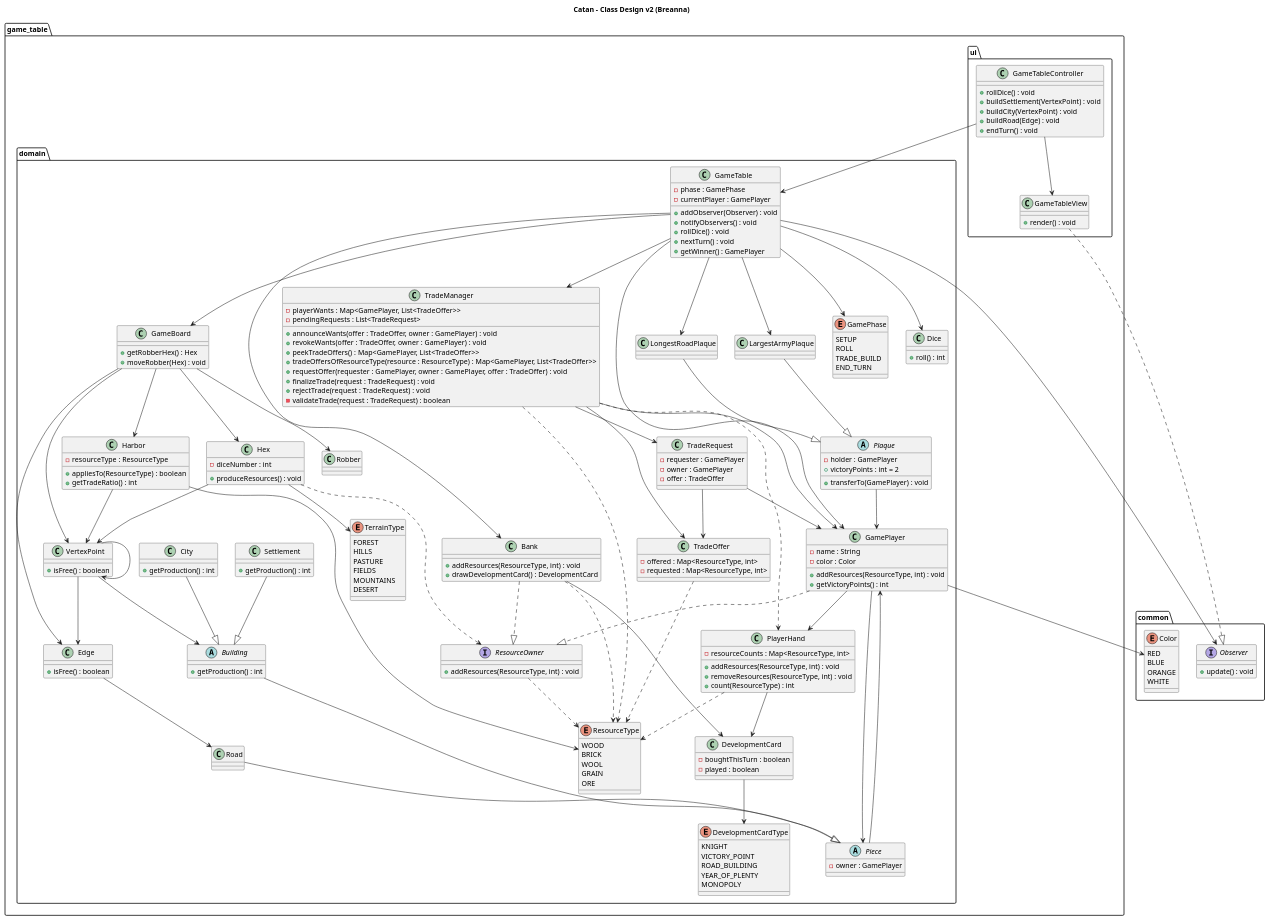
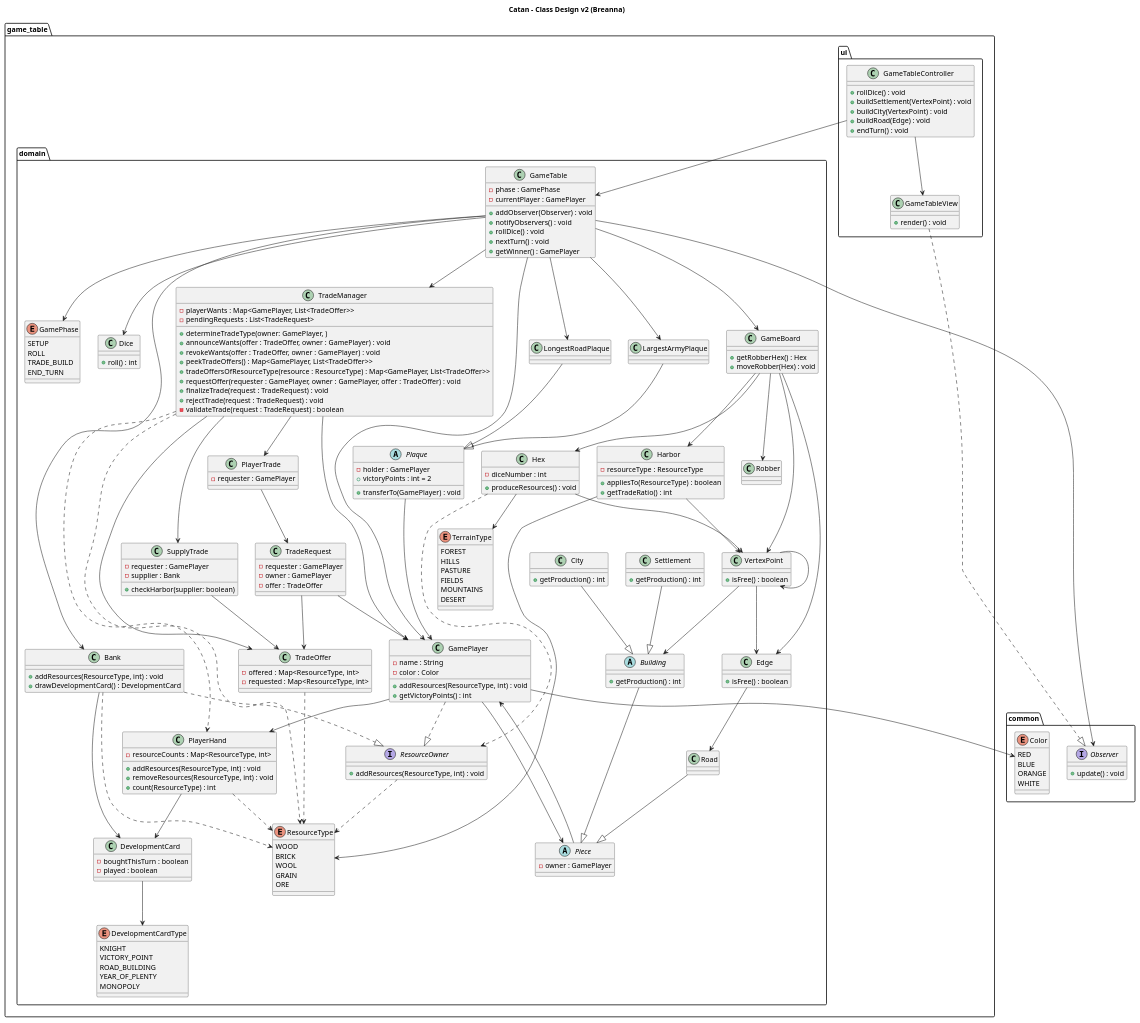
Before and after one commit to nu-cs-sqe/cs380-software-quality-engineering-20262701-course-project-group-5: the diagram in docs/design/game_table_breanna.puml, drawn with PlantUML.

Commit message:
made playertrade and supplytrade classes

```diff
--- a/docs/design/game_table_breanna.puml
+++ b/docs/design/game_table_breanna.puml
@@ -65,6 +65,7 @@
     class TradeManager {
         -playerWants : Map<GamePlayer, List<TradeOffer>>
         -pendingRequests : List<TradeRequest>
+        +determineTradeType(owner: GamePlayer, )
         +announceWants(offer : TradeOffer, owner : GamePlayer) : void
         +revokeWants(offer : TradeOffer, owner : GamePlayer) : void
         +peekTradeOffers() : Map<GamePlayer, List<TradeOffer>>
@@ -73,6 +74,18 @@
         +finalizeTrade(request : TradeRequest) : void
         +rejectTrade(request : TradeRequest) : void
         -validateTrade(request : TradeRequest) : boolean
+    }
+
+    class PlayerTrade
+    {
+        -requester : GamePlayer
+    }
+
+    class SupplyTrade
+    {
+        -requester : GamePlayer
+        -supplier : Bank
+        +checkHarbor(supplier: boolean)
     }
 
     class TradeRequest {
@@ -212,12 +225,15 @@
 
 GameTable --> TradeManager
 TradeManager --> TradeOffer
-TradeManager --> TradeRequest
+TradeManager --> PlayerTrade
+TradeManager --> SupplyTrade
 TradeManager --> GamePlayer
 TradeManager ..> ResourceType
 TradeManager ..> PlayerHand
 TradeRequest --> TradeOffer
 TradeRequest --> GamePlayer
+SupplyTrade-->TradeOffer
+PlayerTrade-->TradeRequest
 
 GamePlayer ..|> ResourceOwner
 Bank ..|> ResourceOwner
```
